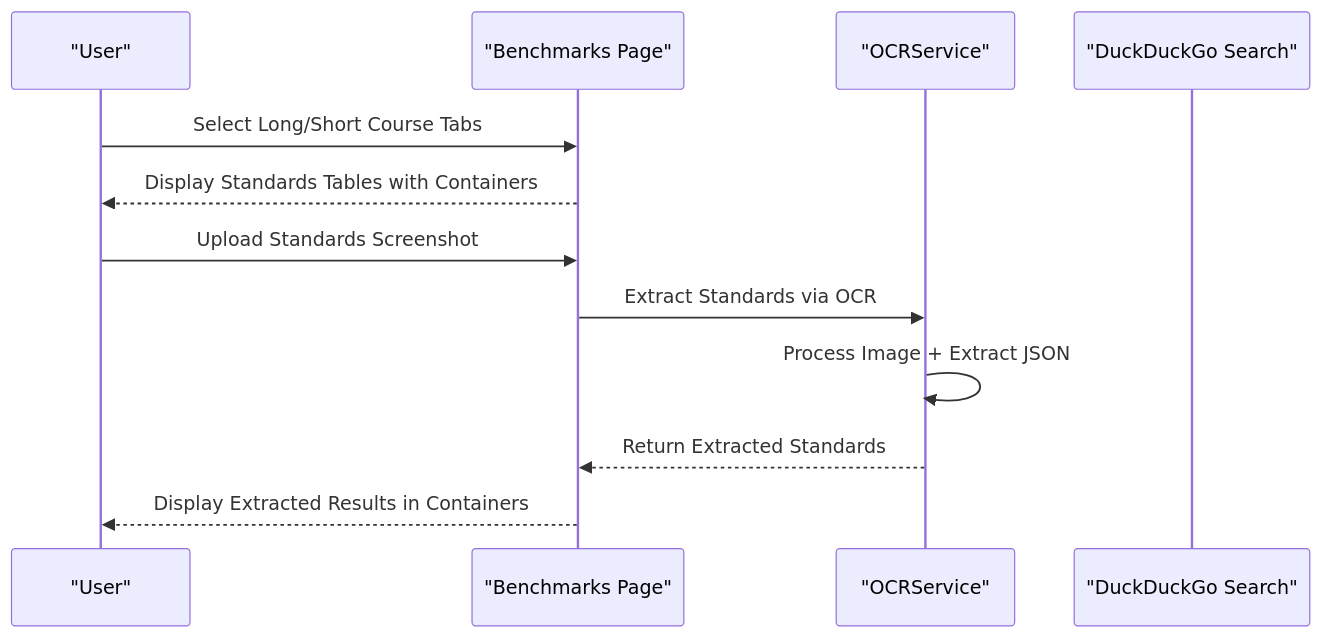
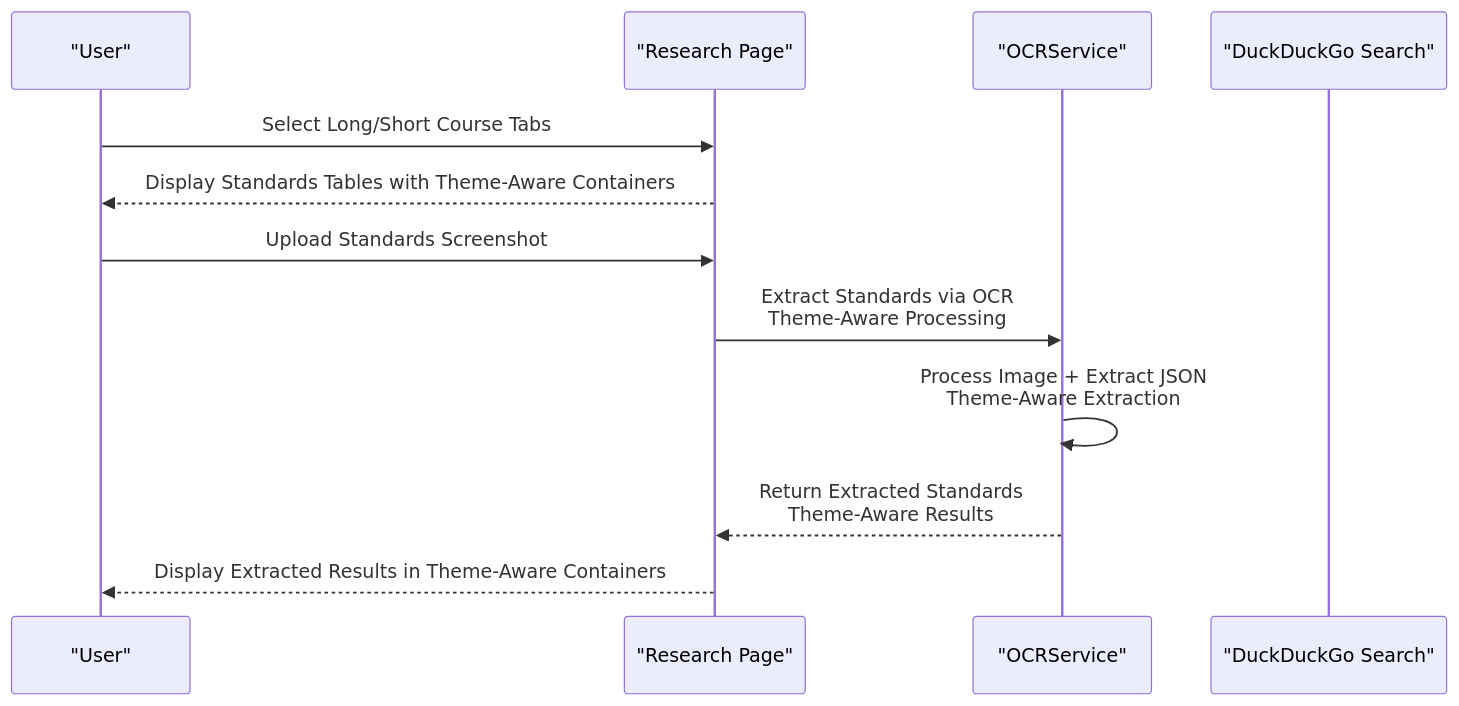
Diagram 12 of 15 in .qoder/repowiki/en/content/Core Components/Application Controller.md (Johnny22056/SwimingStatus), drawn with Mermaid before and after one commit. The commit also changed other lines of this file and 2 other files, not shown here.

First line of the commit message:
feat(theme): integrate comprehensive dynamic theme management system

````diff
--- a/.qoder/repowiki/en/content/Core Components/Application Controller.md
+++ b/.qoder/repowiki/en/content/Core Components/Application Controller.md
@@ -419,14 +477,14 @@
 ```mermaid
 sequenceDiagram
 participant User as "User"
-participant Benchmarks as "Benchmarks Page"
+participant Research as "Research Page"
 participant OCR as "OCRService"
 participant DDG as "DuckDuckGo Search"
-User->>Benchmarks : Select Long/Short Course Tabs
-Benchmarks-->>User : Display Standards Tables with Containers
-User->>Benchmarks : Upload Standards Screenshot
-Benchmarks->>OCR : Extract Standards via OCR
-OCR->>OCR : Process Image + Extract JSON
-OCR-->>Benchmarks : Return Extracted Standards
-Benchmarks-->>User : Display Extracted Results in Containers
+User->>Research : Select Long/Short Course Tabs
+Research-->>User : Display Standards Tables with Theme-Aware Containers
+User->>Research : Upload Standards Screenshot
+Research->>OCR : Extract Standards via OCR<br/>Theme-Aware Processing
+OCR->>OCR : Process Image + Extract JSON<br/>Theme-Aware Extraction
+OCR-->>Research : Return Extracted Standards<br/>Theme-Aware Results
+Research-->>User : Display Extracted Results in Theme-Aware Containers
 ```
````
